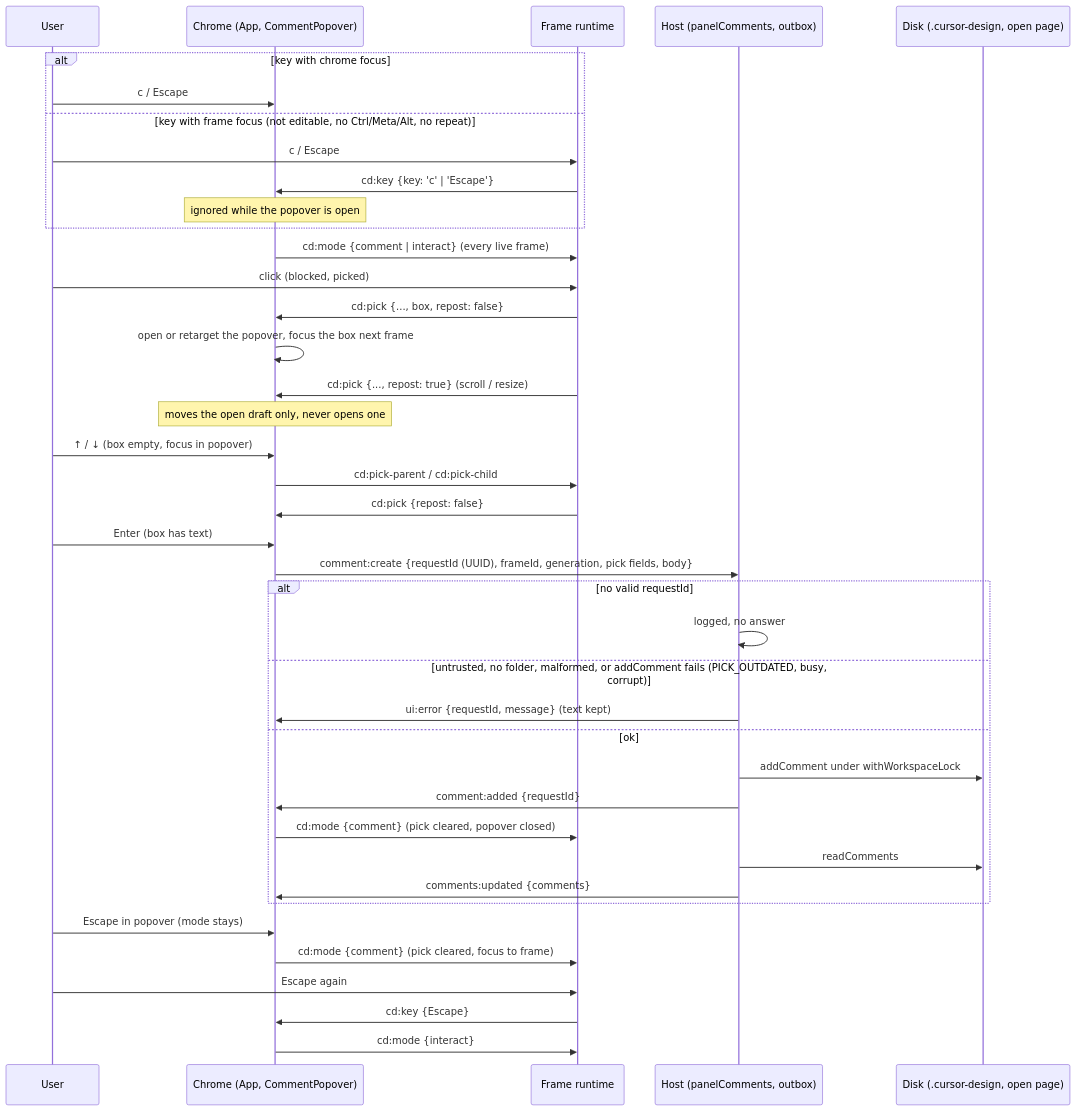
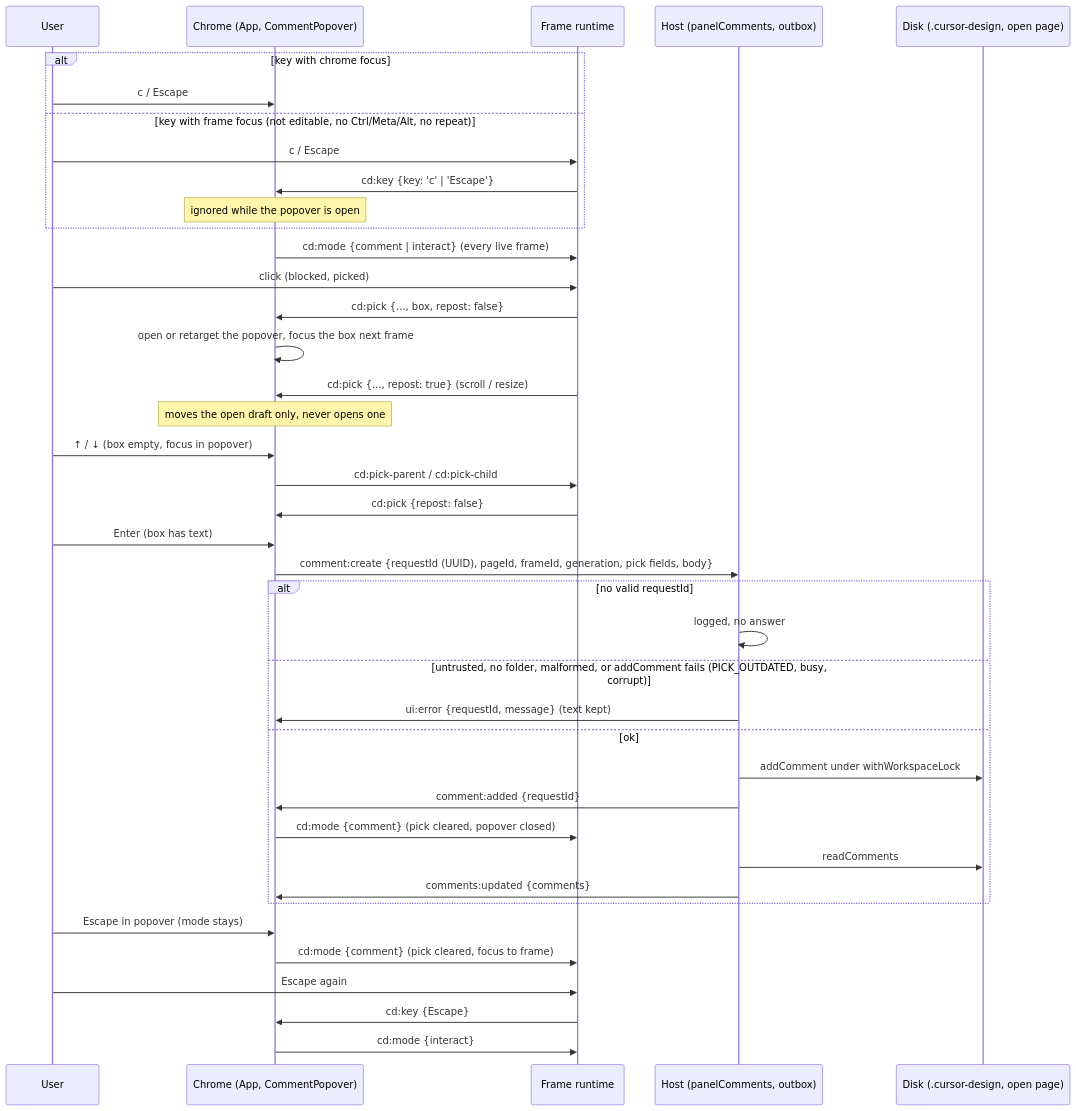
Before and after one commit to MarekBombera/cursor-design-extension: diagram 12 of 16 in blueprint/context/system-map.md, drawn with Mermaid. The commit also changed other lines of this file and 60 other files, not shown here.

````diff
--- a/blueprint/context/system-map.md
+++ b/blueprint/context/system-map.md
@@ -637,42 +705,42 @@
 ```mermaid
 sequenceDiagram
   participant U as User
   participant C as Chrome (App, CommentPopover)
   participant F as Frame runtime
   participant H as Host (panelComments, outbox)
   participant D as Disk (.cursor-design, open page)
   alt key with chrome focus
     U->>C: c / Escape
   else key with frame focus (not editable, no Ctrl/Meta/Alt, no repeat)
     U->>F: c / Escape
     F->>C: cd:key {key: 'c' | 'Escape'}
     Note over C: ignored while the popover is open
   end
   C->>F: cd:mode {comment | interact} (every live frame)
   U->>F: click (blocked, picked)
   F->>C: cd:pick {..., box, repost: false}
   C->>C: open or retarget the popover, focus the box next frame
   F->>C: cd:pick {..., repost: true} (scroll / resize)
   Note over C: moves the open draft only, never opens one
   U->>C: ↑ / ↓ (box empty, focus in popover)
   C->>F: cd:pick-parent / cd:pick-child
   F->>C: cd:pick {repost: false}
   U->>C: Enter (box has text)
-  C->>H: comment:create {requestId (UUID), frameId, generation, pick fields, body}
+  C->>H: comment:create {requestId (UUID), pageId, frameId, generation, pick fields, body}
   alt no valid requestId
     H->>H: logged, no answer
   else untrusted, no folder, malformed, or addComment fails (PICK_OUTDATED, busy, corrupt)
     H->>C: ui:error {requestId, message} (text kept)
   else ok
     H->>D: addComment under withWorkspaceLock
     H->>C: comment:added {requestId}
     C->>F: cd:mode {comment} (pick cleared, popover closed)
     H->>D: readComments
     H->>C: comments:updated {comments}
   end
   U->>C: Escape in popover (mode stays)
   C->>F: cd:mode {comment} (pick cleared, focus to frame)
   U->>F: Escape again
   F->>C: cd:key {Escape}
   C->>F: cd:mode {interact}
 ```
````
